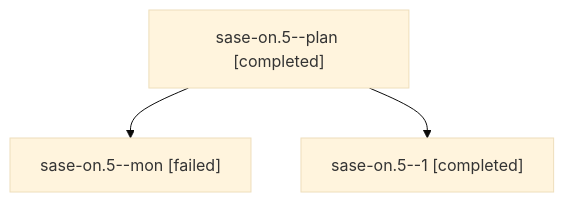
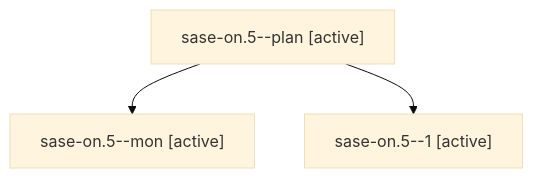
One commit to sase-org/sase--agents changed the diagram in families/bbugyi200.athena.sase-on.5.md. Above: the diagram before and after it, drawn with Mermaid (base theme). The commit also changed other lines of this file and 35830 other files, not shown here.

````diff
--- a/families/bbugyi200.athena.sase-on.5.md
+++ b/families/bbugyi200.athena.sase-on.5.md
@@ -9,8 +9,8 @@
 ```mermaid
 flowchart TD
-  n0["sase-on.5--plan [completed]"]
-  n1["sase-on.5--mon [failed]"]
+  n0["sase-on.5--plan [active]"]
+  n1["sase-on.5--mon [active]"]
   n0 --> n1
-  n2["sase-on.5--1 [completed]"]
+  n2["sase-on.5--1 [active]"]
   n0 --> n2
 ```
````
